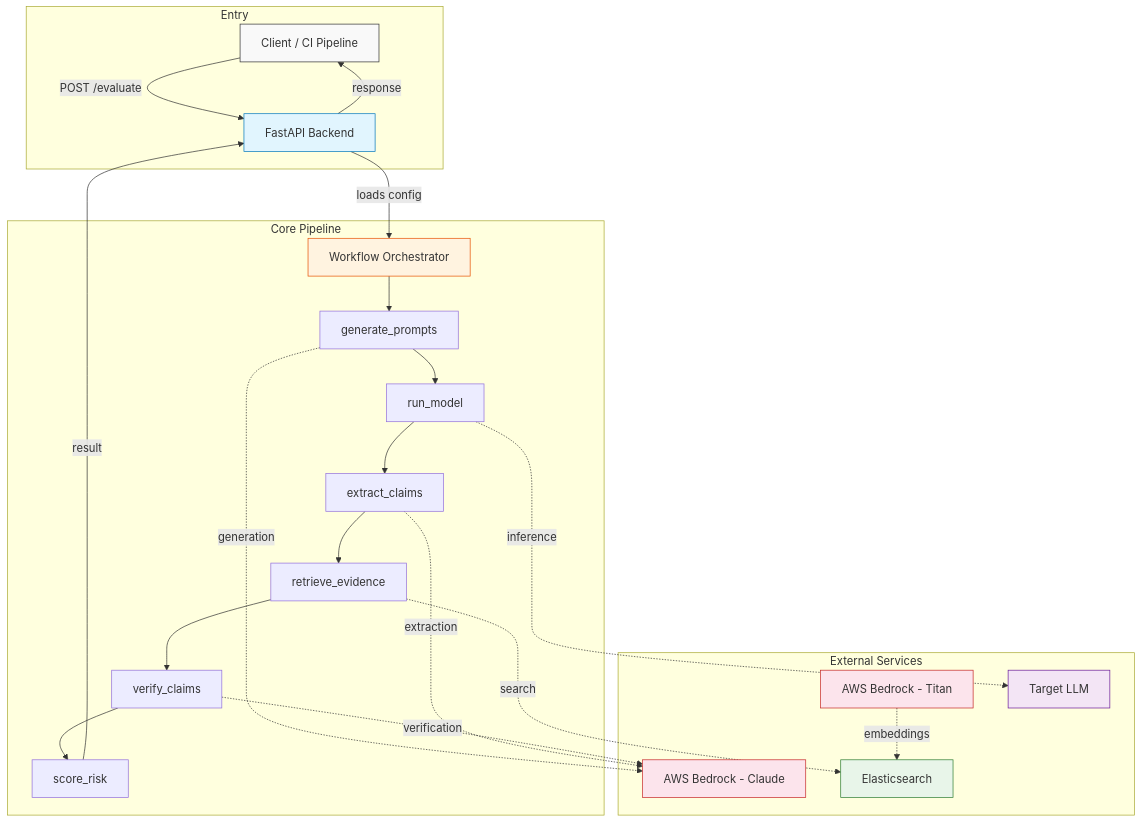
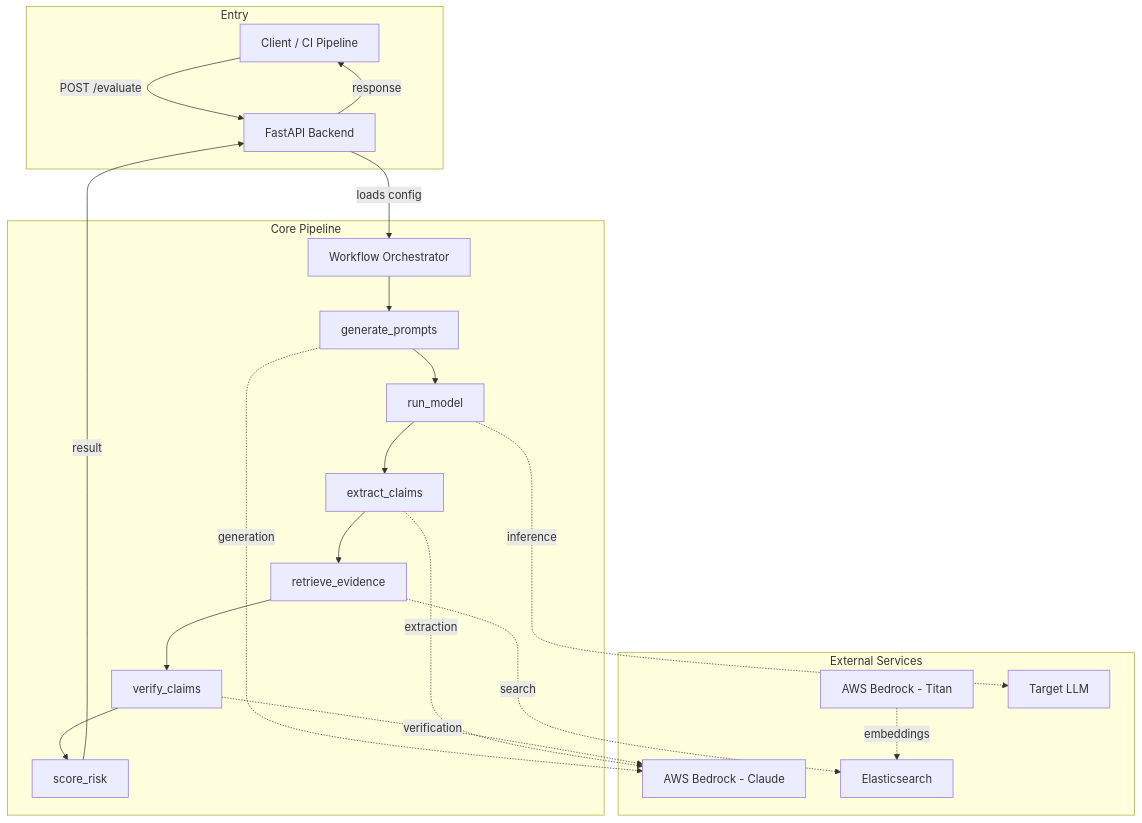
Before and after one commit to kunalsinghdadhwal/symmetrical-broccoli: the first of 9 diagrams in docs/ARCHITECTURE.md, drawn with Mermaid. The commit also changed other lines of this file, not shown here.

````diff
--- a/docs/ARCHITECTURE.md
+++ b/docs/ARCHITECTURE.md
@@ -62,41 +62,33 @@
 ```mermaid
 graph TB
     subgraph Entry
         A[Client / CI Pipeline] -->|POST /evaluate| B[FastAPI Backend]
     end
 
     subgraph Core Pipeline
         B -->|loads config| C[Workflow Orchestrator]
         C --> D[generate_prompts]
         D --> E[run_model]
         E --> F[extract_claims]
         F --> G[retrieve_evidence]
         G --> H[verify_claims]
         H --> I[score_risk]
     end
 
     subgraph External Services
         J[AWS Bedrock - Claude]
         K[AWS Bedrock - Titan]
         L[Elasticsearch]
         M[Target LLM]
     end
 
     D -.->|generation| J
     E -.->|inference| M
     F -.->|extraction| J
     G -.->|search| L
     H -.->|verification| J
     K -.->|embeddings| L
 
     I -->|result| B
     B -->|response| A
-
-    style A fill:#f9f9f9,stroke:#333
-    style B fill:#e1f5fe,stroke:#0277bd
-    style C fill:#fff3e0,stroke:#e65100
-    style J fill:#fce4ec,stroke:#c62828
-    style K fill:#fce4ec,stroke:#c62828
-    style L fill:#e8f5e9,stroke:#2e7d32
-    style M fill:#f3e5f5,stroke:#6a1b9a
 ```
````
